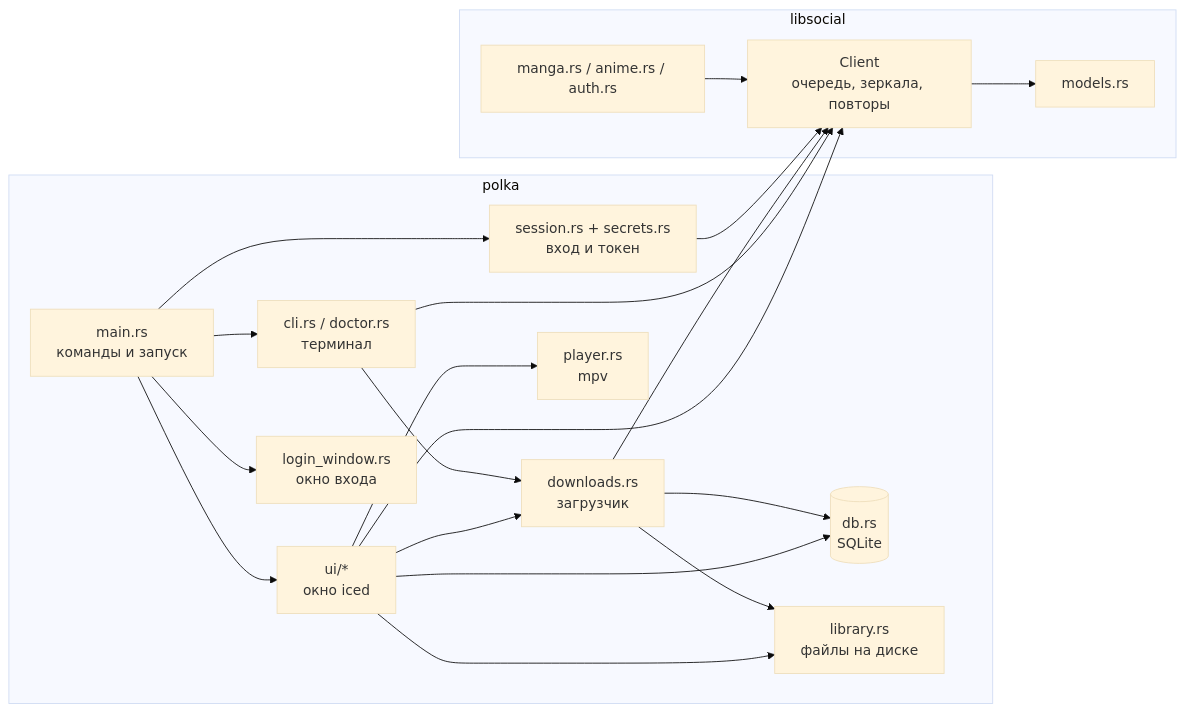
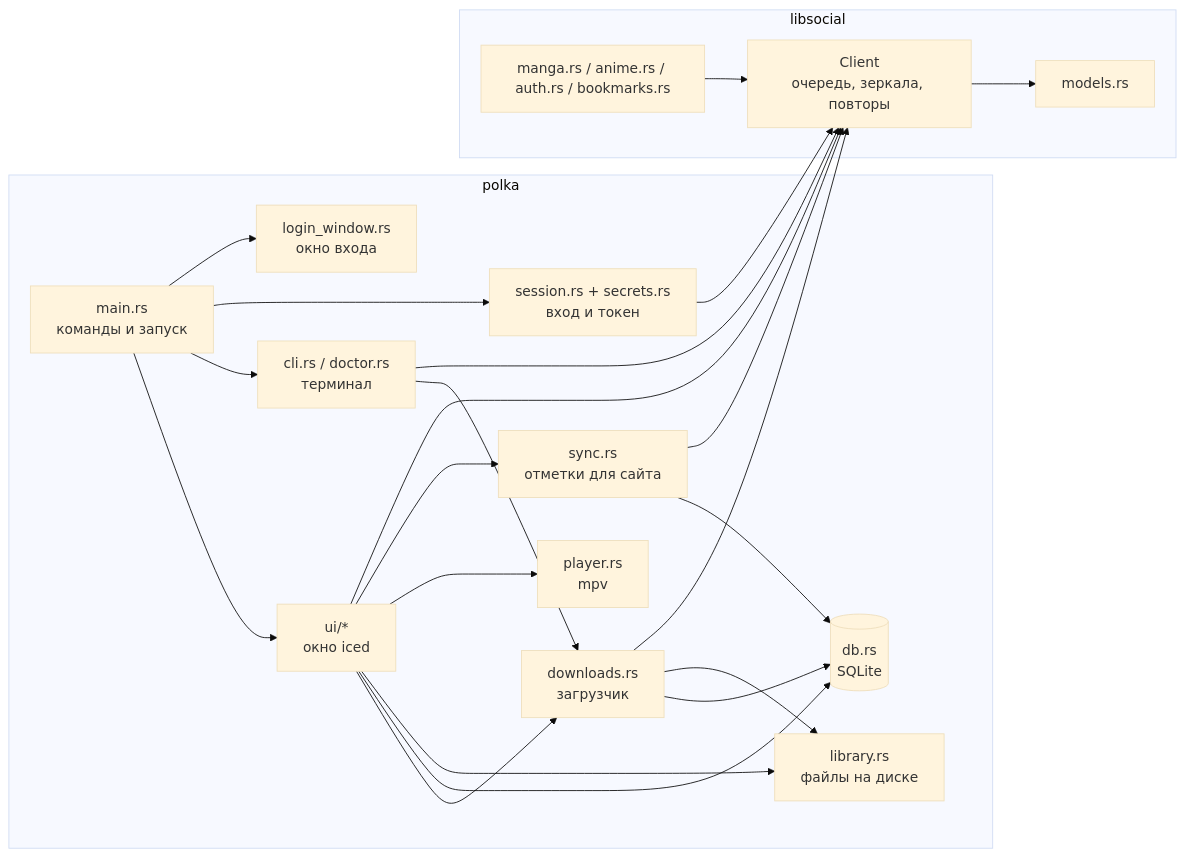
One commit to Alastor1991/Polka-mangalib-desktop_unofficial- changed the first of 2 diagrams in docs/architecture.md. Above: the diagram before and after it, drawn with Mermaid (base theme). The commit also changed other lines of this file and 20 other files, not shown here.

````diff
--- a/docs/architecture.md
+++ b/docs/architecture.md
@@ -16,26 +16,28 @@
 ```mermaid
 flowchart LR
     subgraph polka
         main[main.rs<br/>команды и запуск]
         ui[ui/*<br/>окно iced]
         cli[cli.rs / doctor.rs<br/>терминал]
         dl[downloads.rs<br/>загрузчик]
         db[(db.rs<br/>SQLite)]
         lib[library.rs<br/>файлы на диске]
         sess[session.rs + secrets.rs<br/>вход и токен]
         player[player.rs<br/>mpv]
+        sync[sync.rs<br/>отметки для сайта]
         lw[login_window.rs<br/>окно входа]
     end
     subgraph libsocial
         client[Client<br/>очередь, зеркала, повторы]
-        api[manga.rs / anime.rs / auth.rs]
+        api[manga.rs / anime.rs / auth.rs / bookmarks.rs]
         models[models.rs]
     end
     main --> ui & cli & sess & lw
-    ui --> dl & db & lib & player & client
+    ui --> dl & db & lib & player & sync & client
+    sync --> db & client
     cli --> dl & client
     dl --> db & lib & client
     sess --> client
     api --> client
     client --> models
 ```
````
